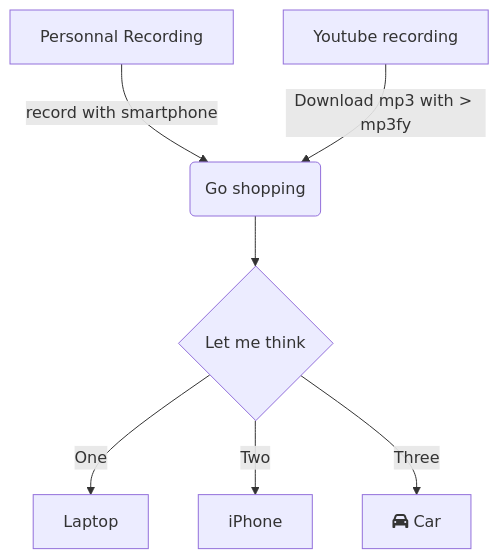
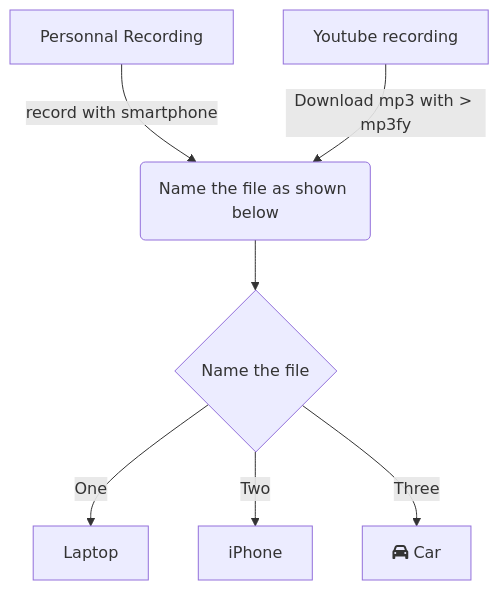
One commit to FrogBoss74/RealCatTranslator changed the diagram in README.md. Above: the diagram before and after it, drawn with Mermaid. The commit also changed other lines of this file, not shown here.

Commit message:
README.md updated from https://stackedit.io/

````diff
--- a/README.md
+++ b/README.md
@@ -24,9 +24,9 @@
 ```mermaid
 graph TD
-A1[Personnal Recording] -->|record with smartphone| B(Go shopping)
-A2[Youtube recording] -->|Download mp3 with > mp3fy| B(Go shopping)
-B --> C{Let me think}
+A1[Personnal Recording] -->|record with smartphone| B(Name the file as shown below)
+A2[Youtube recording] -->|Download mp3 with > mp3fy| B
+B --> C{Name the file}
 C -->|One| D[Laptop]
 C -->|Two| E[iPhone]
 C -->|Three| F[fa:fa-car Car]
 ```
````
